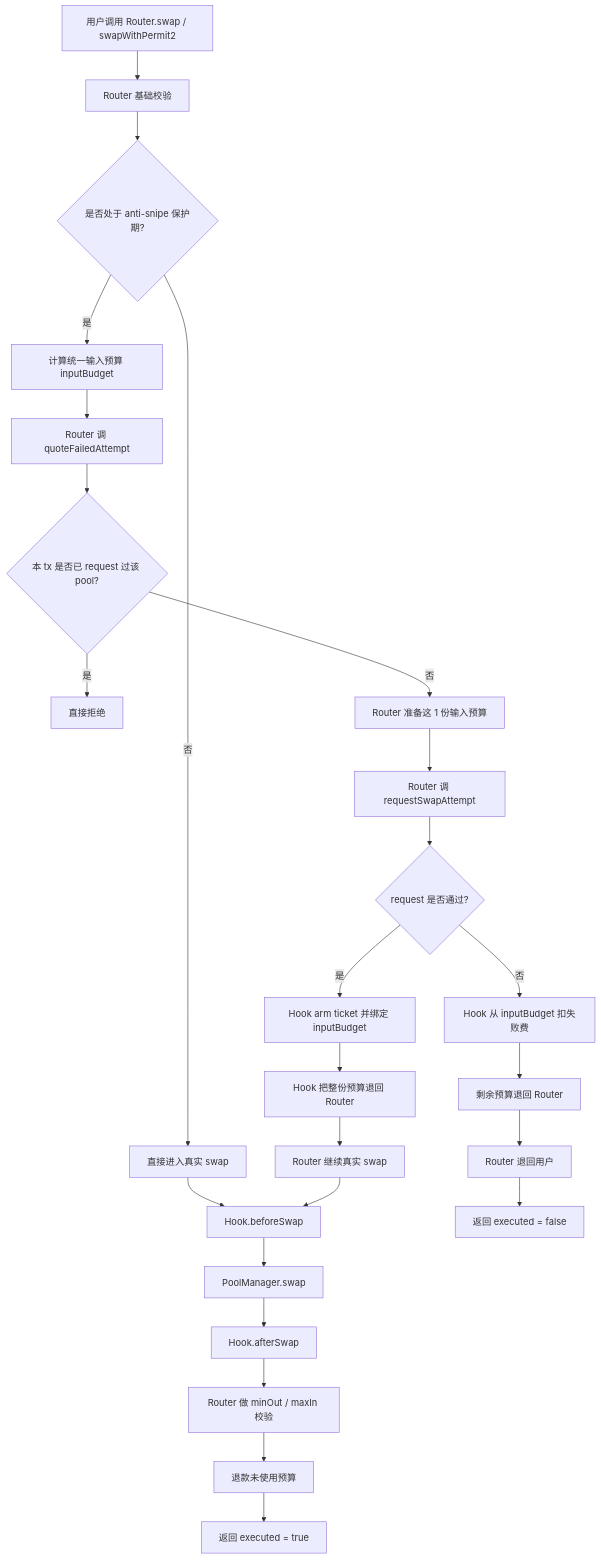
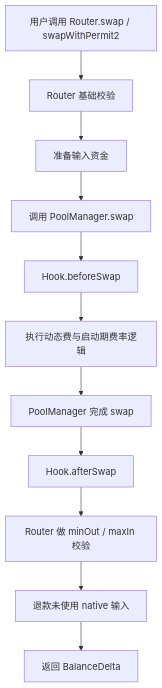
One commit to OutrunBuild/MemeverseV2 changed the first of 7 diagrams in docs/memeverse-swap/memeverse-swap-flow.md. Above: the diagram before and after it, drawn with Mermaid. The commit also changed other lines of this file and 23 other files, not shown here.

````diff
--- a/docs/memeverse-swap/memeverse-swap-flow.md
+++ b/docs/memeverse-swap/memeverse-swap-flow.md
@@ -16,31 +15,13 @@
 ```mermaid
 flowchart TD
     A[用户调用 Router.swap / swapWithPermit2] --> B[Router 基础校验]
-    B --> C{是否处于 anti-snipe 保护期?}
-
-    C -- 否 --> D[直接进入真实 swap]
+    B --> C[准备输入资金]
+    C --> D[调用 PoolManager.swap]
     D --> E[Hook.beforeSwap]
-    E --> F[PoolManager.swap]
-    F --> G[Hook.afterSwap]
-    G --> H[Router 做 minOut / maxIn 校验]
-    H --> I[退款未使用预算]
-    I --> J[返回 executed = true]
-
-    C -- 是 --> K[计算统一输入预算 inputBudget]
-    K --> L[Router 调 quoteFailedAttempt]
-    L --> L1{本 tx 是否已 request 过该 pool?}
-    L1 -- 是 --> L2[直接拒绝]
-    L1 -- 否 --> M[Router 准备这 1 份输入预算]
-    M --> N[Router 调 requestSwapAttempt]
-    N --> O{request 是否通过?}
-
-    O -- 否 --> P[Hook 从 inputBudget 扣失败费]
-    P --> Q[剩余预算退回 Router]
-    Q --> R[Router 退回用户]
-    R --> S[返回 executed = false]
-
-    O -- 是 --> T[Hook arm ticket 并绑定 inputBudget]
-    T --> U[Hook 把整份预算退回 Router]
-    U --> V[Router 继续真实 swap]
-    V --> E
+    E --> F[执行动态费与启动期费率逻辑]
+    F --> G[PoolManager 完成 swap]
+    G --> H[Hook.afterSwap]
+    H --> I[Router 做 minOut / maxIn 校验]
+    I --> J[退款未使用 native 输入]
+    J --> K[返回 BalanceDelta]
 ```
````
